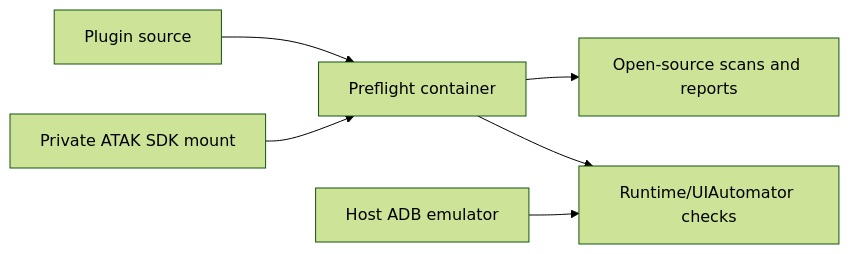
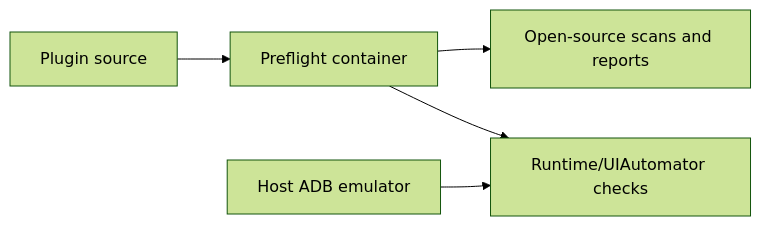
Before and after one commit to joshuafuller/atak-plugin-preflight: the third of 3 diagrams in docs/tpp-pipeline.md, drawn with Mermaid (forest theme). The commit also changed other lines of this file and 18 other files, not shown here.

````diff
--- a/docs/tpp-pipeline.md
+++ b/docs/tpp-pipeline.md
@@ -123,8 +123,7 @@
 ```mermaid
 flowchart LR
     S[Plugin source] --> C[Preflight container]
-    K[Private ATAK SDK mount] --> C
     C --> O[Open-source scans and reports]
     H[Host ADB emulator] --> T[Runtime/UIAutomator checks]
     C --> T
 ```
````
